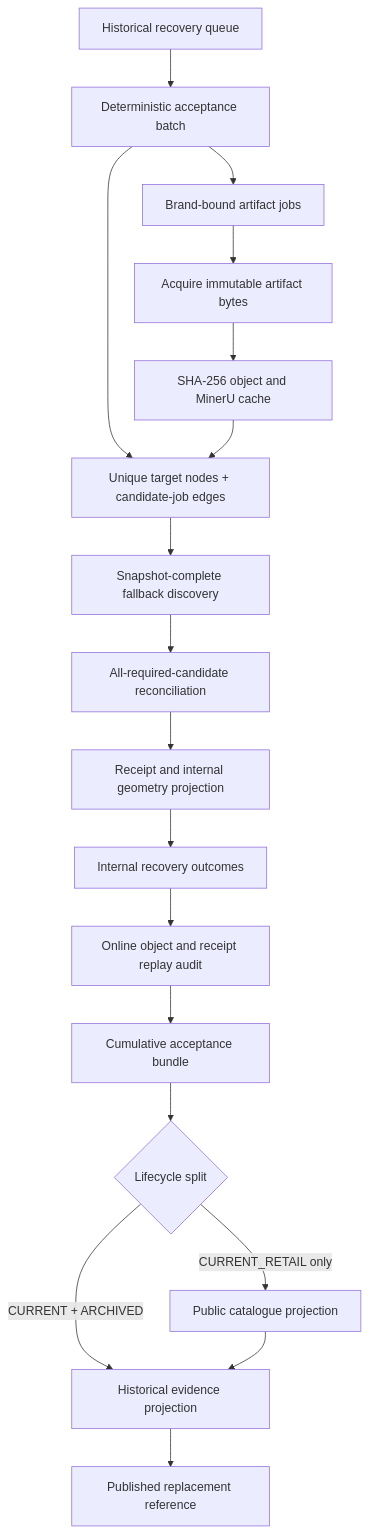
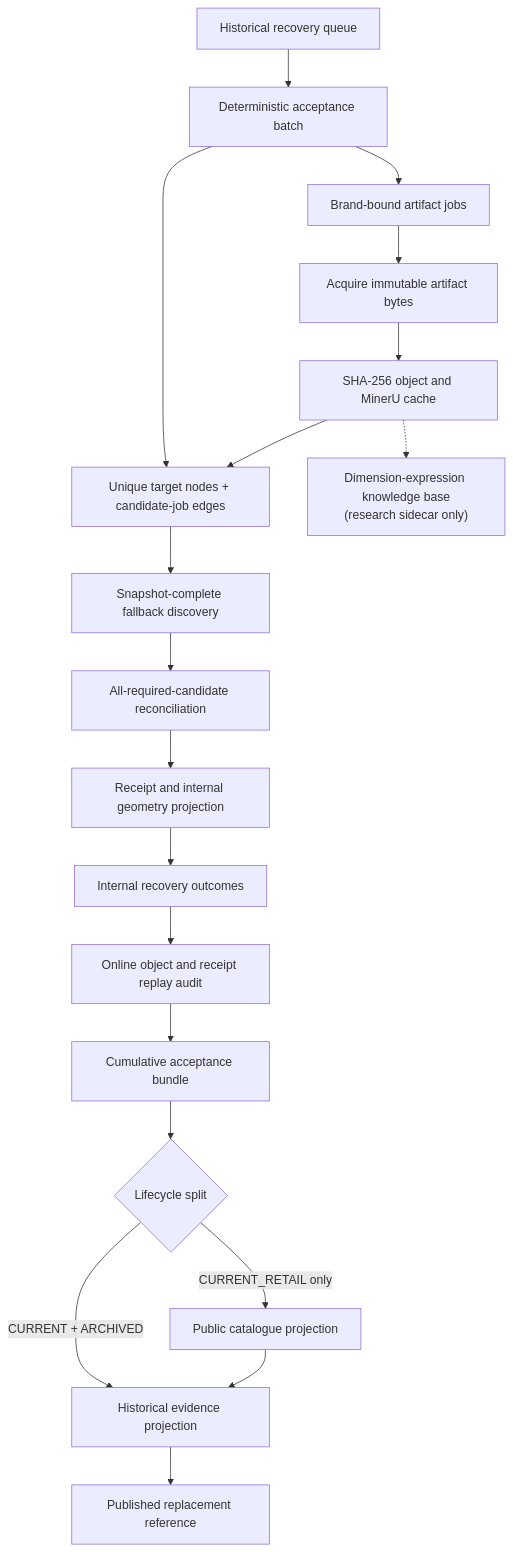
Before and after one commit to fitappliance/fitappliance: the diagram in docs/superpowers/plans/2026-07-13-historical-evidence-coverage-recovery.md, drawn with Mermaid. The commit also changed other lines of this file and 43 other files, not shown here.

````diff
--- a/docs/superpowers/plans/2026-07-13-historical-evidence-coverage-recovery.md
+++ b/docs/superpowers/plans/2026-07-13-historical-evidence-coverage-recovery.md
@@ -201,20 +205,21 @@
 ```mermaid
 flowchart TD
   Q["Historical recovery queue"] --> B["Deterministic acceptance batch"]
   B --> J["Brand-bound artifact jobs"]
   B --> T["Unique target nodes + candidate-job edges"]
   J --> A["Acquire immutable artifact bytes"]
   A --> M["SHA-256 object and MinerU cache"]
+  M -.-> K["Dimension-expression knowledge base<br/>(research sidecar only)"]
   M --> T
   T --> D["Snapshot-complete fallback discovery"]
   D --> C["All-required-candidate reconciliation"]
   C --> E["Receipt and internal geometry projection"]
   E --> I["Internal recovery outcomes"]
   I --> U["Online object and receipt replay audit"]
   U --> P["Cumulative acceptance bundle"]
   P --> L{"Lifecycle split"}
   L -->|"CURRENT_RETAIL only"| G["Public catalogue projection"]
   L -->|"CURRENT + ARCHIVED"| H["Historical evidence projection"]
   G --> H
   H --> R["Published replacement reference"]
 ```
````
